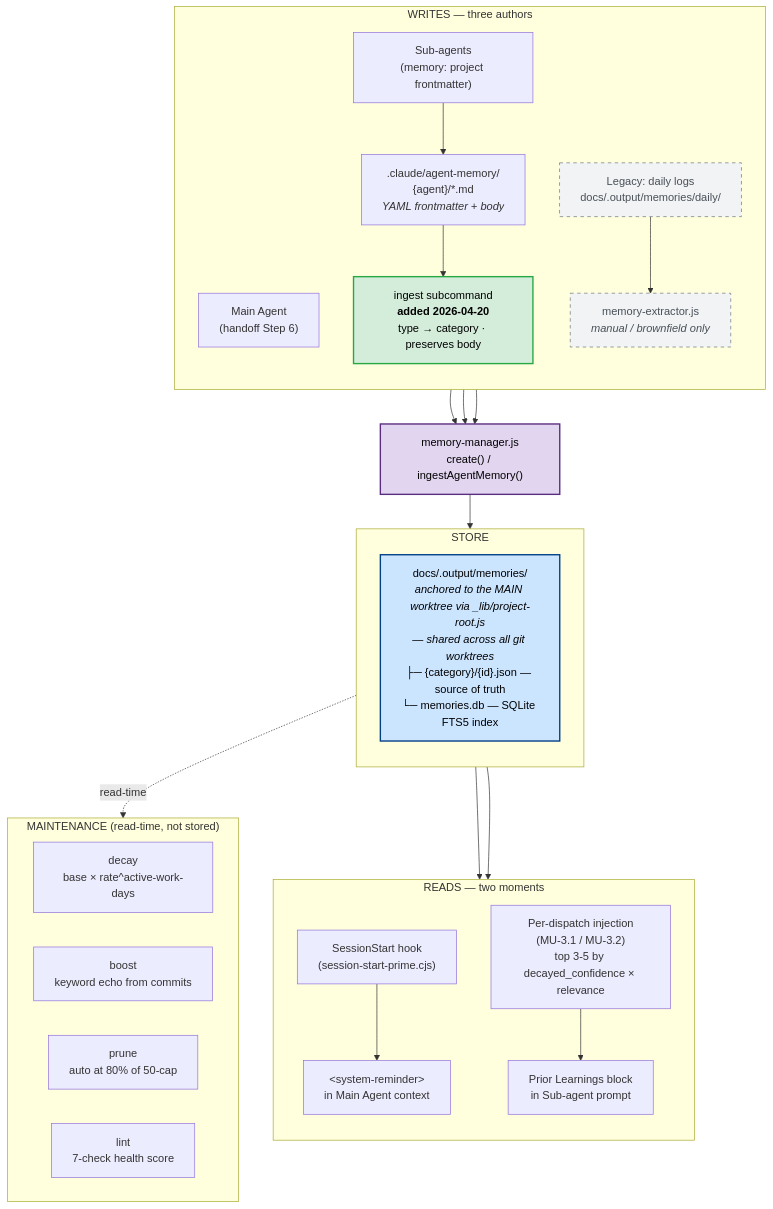
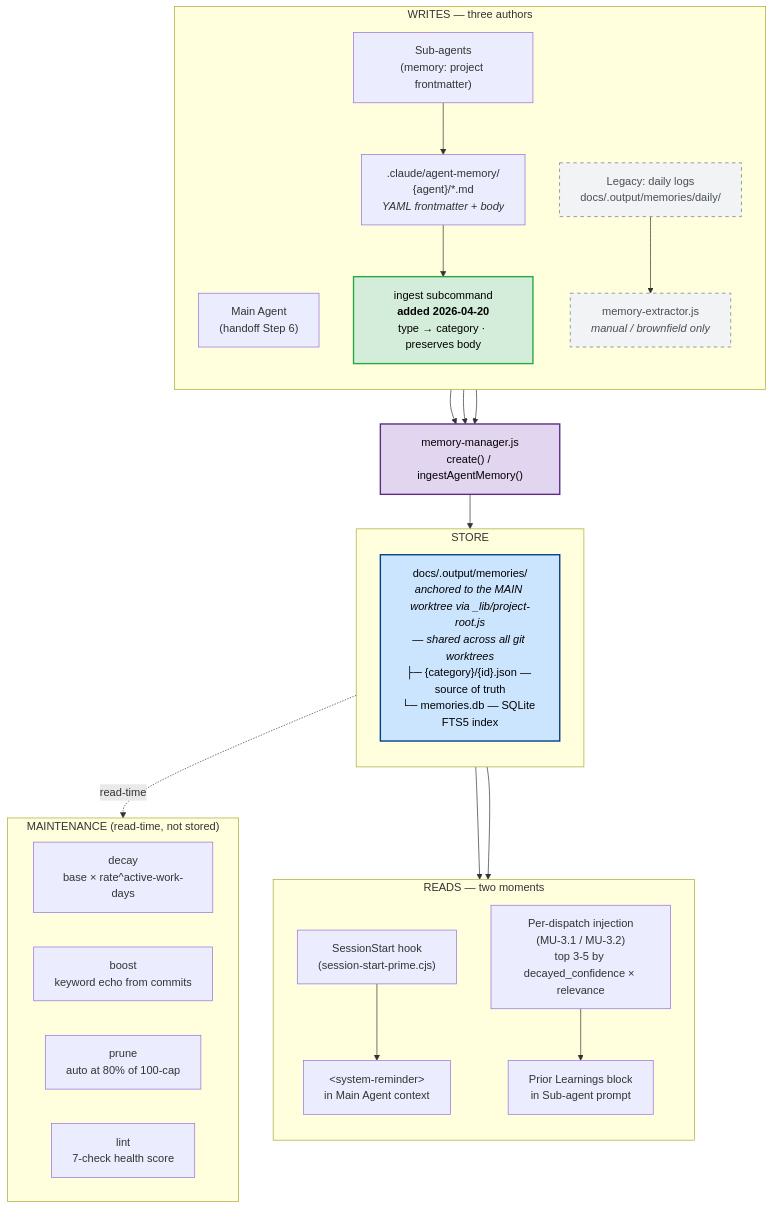
One commit to Domdhi/Agents.Domdhi changed the diagram in docs/reference/memory-flow.md. Above: the diagram before and after it, drawn with Mermaid. The commit also changed other lines of this file and 131 other files, not shown here.

````diff
--- a/docs/reference/memory-flow.md
+++ b/docs/reference/memory-flow.md
@@ -9,66 +9,66 @@
 ```mermaid
 flowchart TD
     %% ── Writes ─────────────────────────────────────────────────────
     subgraph WRITES["WRITES — three authors"]
         direction TB
         MA["Main Agent<br/>(handoff Step 6)"]
         SA["Sub-agents<br/>(memory: project frontmatter)"]
         LEG["Legacy: daily logs<br/>docs/.output/memories/daily/"]
 
         AMEM[".claude/agent-memory/<br/>{agent}/*.md<br/><i>YAML frontmatter + body</i>"]
         INGEST["ingest subcommand<br/><b>added 2026-04-20</b><br/>type → category · preserves body"]
         EXTRACTOR["memory-extractor.js<br/><i>manual / brownfield only</i>"]
 
         SA --> AMEM
         AMEM --> INGEST
         LEG --> EXTRACTOR
     end
 
     %% ── Write API ──────────────────────────────────────────────────
     MGR["memory-manager.js<br/>create() / ingestAgentMemory()"]
     MA --> MGR
     INGEST --> MGR
     EXTRACTOR --> MGR
 
     %% ── Store ──────────────────────────────────────────────────────
     subgraph STOREBOX["STORE"]
         direction TB
         STORE["docs/.output/memories/<br/><i>anchored to the MAIN worktree via _lib/project-root.js<br/>— shared across all git worktrees</i><br/>├─ {category}/{id}.json — source of truth<br/>└─ memories.db — SQLite FTS5 index"]
     end
     MGR --> STORE
 
     %% ── Reads ──────────────────────────────────────────────────────
     subgraph READS["READS — two moments"]
         direction TB
         SSP["SessionStart hook<br/>(session-start-prime.cjs)"]
         DISP["Per-dispatch injection<br/>(MU-3.1 / MU-3.2)<br/>top 3-5 by decayed_confidence × relevance"]
         SR["&lt;system-reminder&gt;<br/>in Main Agent context"]
         PL["Prior Learnings block<br/>in Sub-agent prompt"]
 
         SSP --> SR
         DISP --> PL
     end
     STORE --> SSP
     STORE --> DISP
 
     %% ── Maintenance ────────────────────────────────────────────────
     subgraph MAINT["MAINTENANCE (read-time, not stored)"]
         direction LR
         DECAY["decay<br/>base × rate^active-work-days"]
         BOOST["boost<br/>keyword echo from commits"]
-        PRUNE["prune<br/>auto at 80% of 50-cap"]
+        PRUNE["prune<br/>auto at 80% of 100-cap"]
         LINT["lint<br/>7-check health score"]
     end
     STORE -.->|read-time| MAINT
 
     %% ── Styling ────────────────────────────────────────────────────
     classDef newPath fill:#d4edda,stroke:#28a745,stroke-width:2px,color:#000
     classDef legacyPath fill:#f1f3f5,stroke:#6c757d,stroke-dasharray:5 5,color:#495057
     classDef storeNode fill:#cce5ff,stroke:#004085,stroke-width:2px,color:#000
     classDef apiNode fill:#e2d5f0,stroke:#5a2d82,stroke-width:2px,color:#000
 
     class INGEST newPath
     class LEG,EXTRACTOR legacyPath
     class STORE storeNode
     class MGR apiNode
 ```
````
